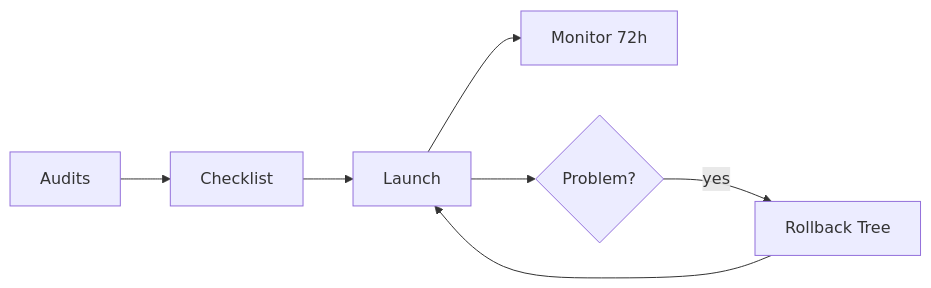
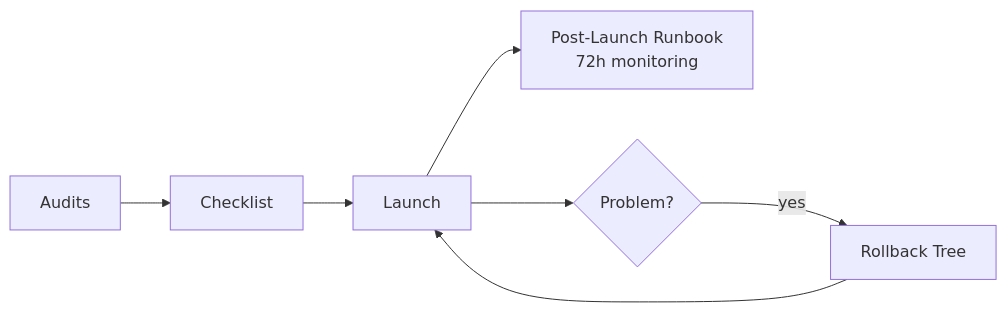
The diagram in README.md (penguinboi/preflight-checks), drawn with Mermaid before and after one commit. The commit also changed other lines of this file and 3 other files, not shown here.

````diff
--- a/README.md
+++ b/README.md
@@ -26,9 +27,9 @@
 ```mermaid
 graph LR
     A[Audits] --> B[Checklist]
     B --> C[Launch]
-    C --> D[Monitor 72h]
+    C --> D[Post-Launch Runbook<br/>72h monitoring]
     C --> E{Problem?}
     E -- yes --> F[Rollback Tree]
     F --> C
 ```
````
